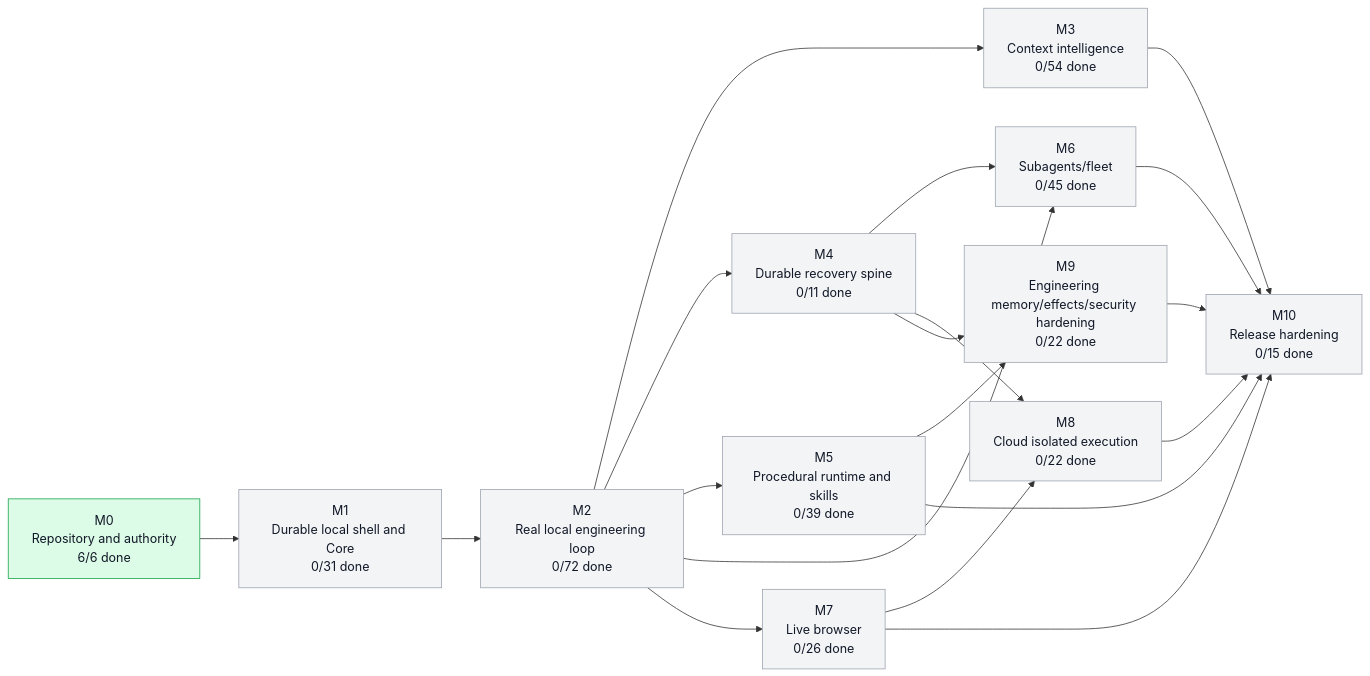
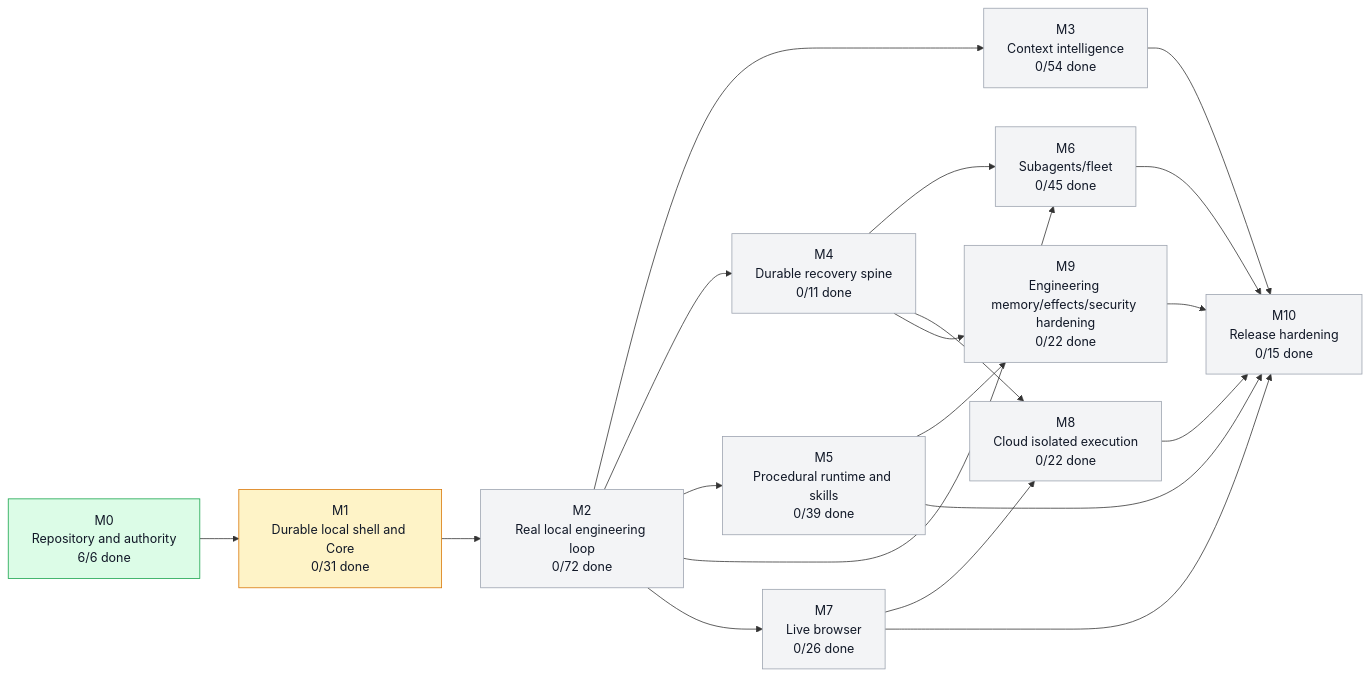
One commit to moss101/zmodbit changed the first of 3 diagrams in graph/PROJECT_GRAPH.md. Above: the diagram before and after it, drawn with Mermaid. The commit also changed other lines of this file and 21 other files, not shown here.

````diff
--- a/graph/PROJECT_GRAPH.md
+++ b/graph/PROJECT_GRAPH.md
@@ -43,43 +43,43 @@
 ```mermaid
 flowchart LR
   M0["M0<br/>Repository and authority<br/>6/6 done"]
   M1["M1<br/>Durable local shell and Core<br/>0/31 done"]
   M2["M2<br/>Real local engineering loop<br/>0/72 done"]
   M3["M3<br/>Context intelligence<br/>0/54 done"]
   M4["M4<br/>Durable recovery spine<br/>0/11 done"]
   M5["M5<br/>Procedural runtime and skills<br/>0/39 done"]
   M6["M6<br/>Subagents/fleet<br/>0/45 done"]
   M7["M7<br/>Live browser<br/>0/26 done"]
   M8["M8<br/>Cloud isolated execution<br/>0/22 done"]
   M9["M9<br/>Engineering memory/effects/security hardening<br/>0/22 done"]
   M10["M10<br/>Release hardening<br/>0/15 done"]
   M0 --> M1
   M1 --> M2
   M2 --> M3
   M2 --> M4
   M2 --> M5
   M2 --> M6
   M4 --> M6
   M2 --> M7
   M4 --> M8
   M7 --> M8
   M4 --> M9
   M5 --> M9
   M3 --> M10
   M5 --> M10
   M6 --> M10
   M7 --> M10
   M8 --> M10
   M9 --> M10
   style M0 fill:#dcfce7,stroke:#16a34a,color:#111827
-  style M1 fill:#f3f4f6,stroke:#9ca3af,color:#111827
+  style M1 fill:#fef3c7,stroke:#d97706,color:#111827
   style M2 fill:#f3f4f6,stroke:#9ca3af,color:#111827
   style M3 fill:#f3f4f6,stroke:#9ca3af,color:#111827
   style M4 fill:#f3f4f6,stroke:#9ca3af,color:#111827
   style M5 fill:#f3f4f6,stroke:#9ca3af,color:#111827
   style M6 fill:#f3f4f6,stroke:#9ca3af,color:#111827
   style M7 fill:#f3f4f6,stroke:#9ca3af,color:#111827
   style M8 fill:#f3f4f6,stroke:#9ca3af,color:#111827
   style M9 fill:#f3f4f6,stroke:#9ca3af,color:#111827
   style M10 fill:#f3f4f6,stroke:#9ca3af,color:#111827
 ```
````
